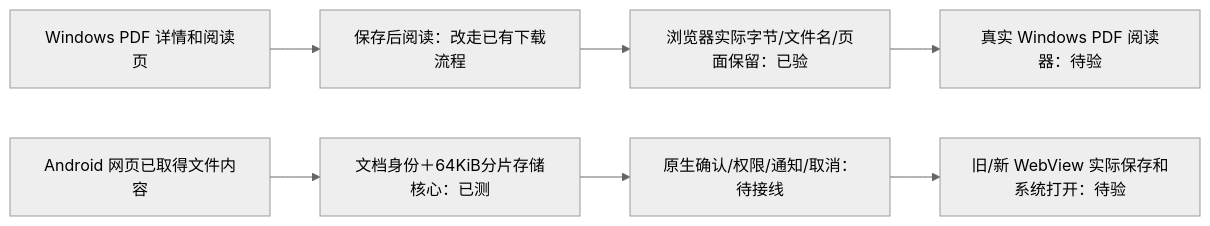
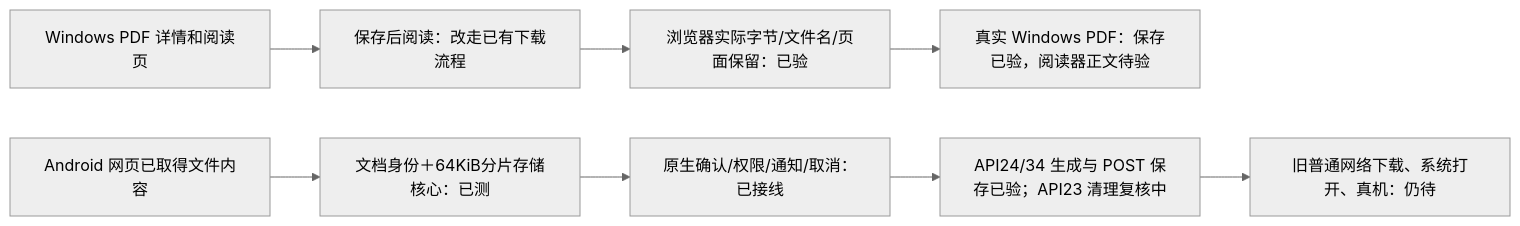
One commit to XYL333FYQ/TongMuTVPlus changed the first of 8 diagrams in docs/design/CLIENT-EXPERIENCE-VERIFIED.md. Above: the diagram before and after it, drawn with Mermaid (neutral theme). The commit also changed other lines of this file and 3 other files, not shown here.

````diff
--- a/docs/design/CLIENT-EXPERIENCE-VERIFIED.md
+++ b/docs/design/CLIENT-EXPERIENCE-VERIFIED.md
@@ -13,9 +15,10 @@
 ```mermaid
 flowchart LR
     A[Windows PDF 详情和阅读页] --> B[保存后阅读：改走已有下载流程]
     B --> C[浏览器实际字节/文件名/页面保留：已验]
-    C --> D[真实 Windows PDF 阅读器：待验]
+    C --> D[真实 Windows PDF：保存已验，阅读器正文待验]
     E[Android 网页已取得文件内容] --> F[文档身份＋64KiB分片存储核心：已测]
-    F --> G[原生确认/权限/通知/取消：待接线]
-    G --> H[旧/新 WebView 实际保存和系统打开：待验]
+    F --> G[原生确认/权限/通知/取消：已接线]
+    G --> H[API24/34 生成与 POST 保存已验；API23 清理复核中]
+    H --> I[旧普通网络下载、系统打开、真机：仍待]
 ```
````
